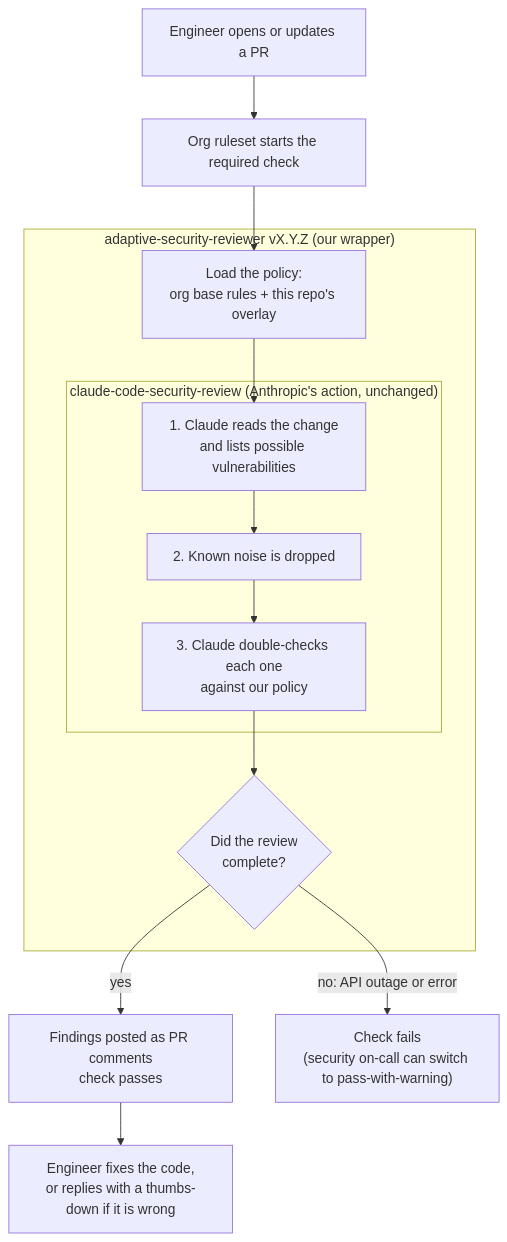
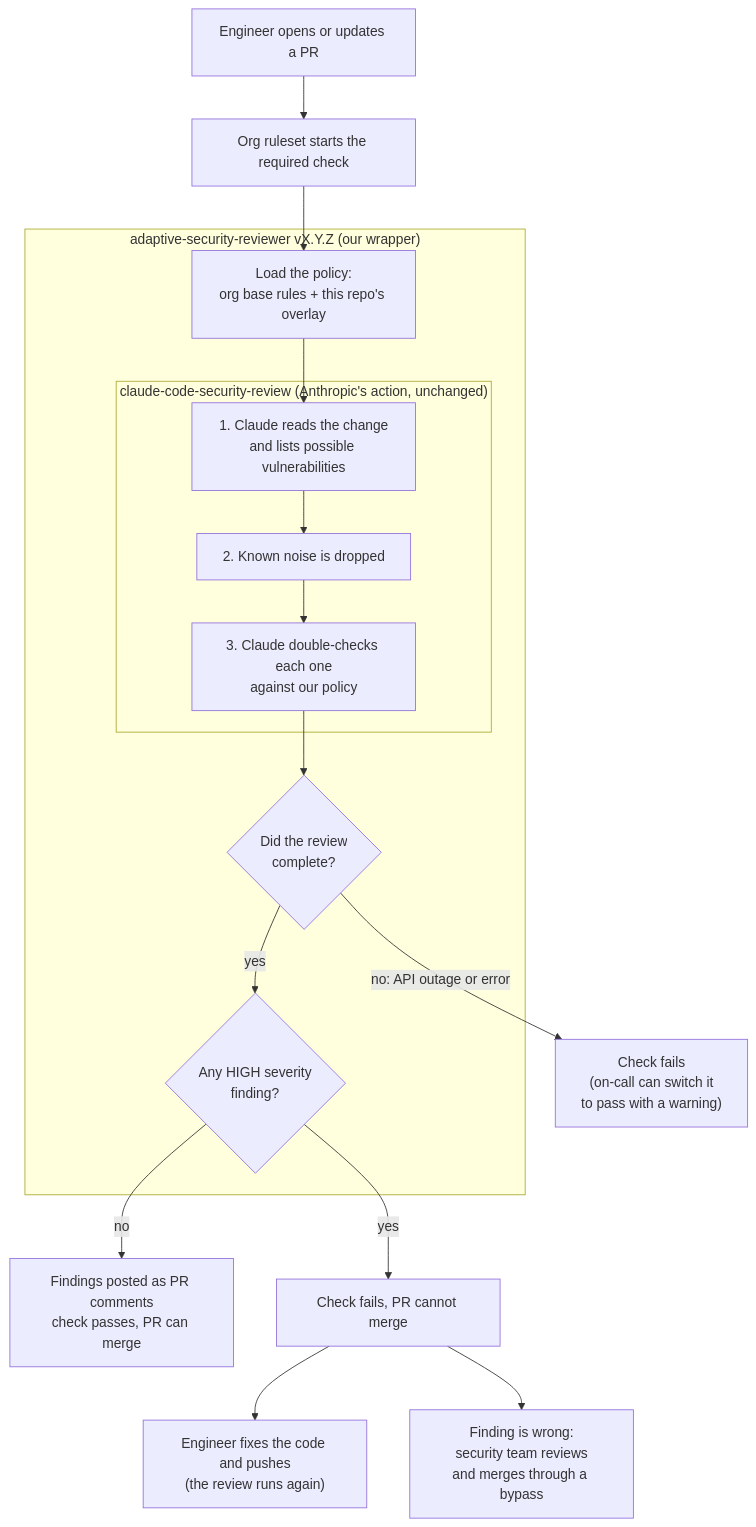
The first of 2 diagrams in docs/README.md (ssc-telec-corp/agentic-reviewer), drawn with Mermaid before and after one commit. The commit also changed other lines of this file and 4 other files, not shown here.

First line of the commit message:
HIGH findings block merge, with security-team bypass process

````diff
--- a/docs/README.md
+++ b/docs/README.md
@@ -7,22 +7,25 @@
 ```mermaid
 flowchart TD
     A["Engineer opens or updates a PR"] --> B["Org ruleset starts the required check"]
     B --> C
 
     subgraph W["adaptive-security-reviewer vX.Y.Z (our wrapper)"]
         C["Load the policy:<br/>org base rules + this repo's overlay"]
         subgraph U["claude-code-security-review (Anthropic's action, unchanged)"]
             D1["1. Claude reads the change<br/>and lists possible vulnerabilities"]
             D2["2. Known noise is dropped"]
             D3["3. Claude double-checks each one<br/>against our policy"]
             D1 --> D2 --> D3
         end
         C --> D1
         D3 --> E{"Did the review<br/>complete?"}
+        H{"Any HIGH severity<br/>finding?"}
     end
 
-    E -- "yes" --> F["Findings posted as PR comments<br/>check passes"]
-    E -- "no: API outage or error" --> G["Check fails<br/>(security on-call can switch to pass-with-warning)"]
-
-    F --> H["Engineer fixes the code,<br/>or replies with a thumbs-down if it is wrong"]
+    E -- "no: API outage or error" --> G["Check fails<br/>(on-call can switch it<br/>to pass with a warning)"]
+    E -- "yes" --> H
+    H -- "no" --> F["Findings posted as PR comments<br/>check passes, PR can merge"]
+    H -- "yes" --> B2["Check fails, PR cannot merge"]
+    B2 --> I["Engineer fixes the code and pushes<br/>(the review runs again)"]
+    B2 --> J["Finding is wrong:<br/>security team reviews<br/>and merges through a bypass"]
 ```
````
